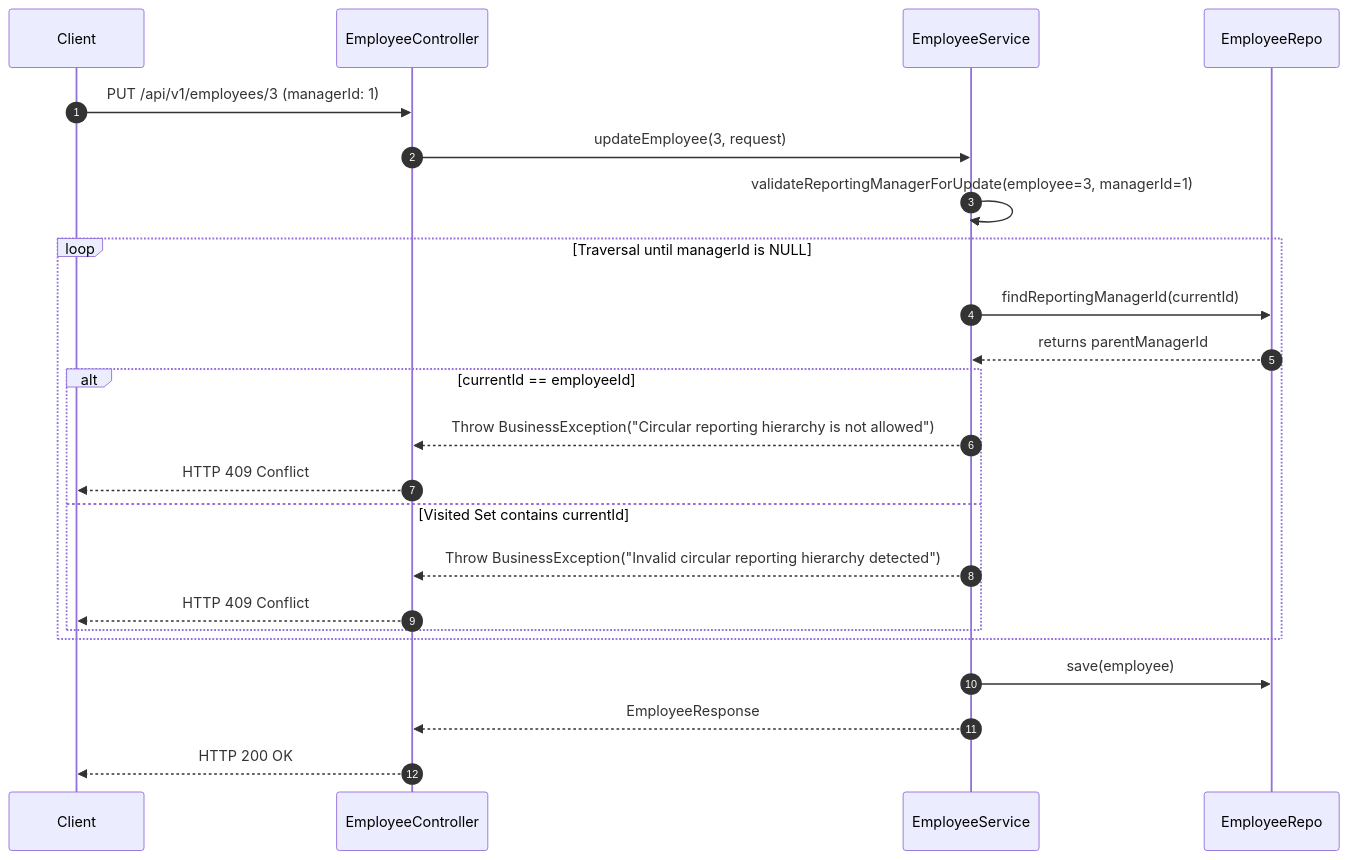
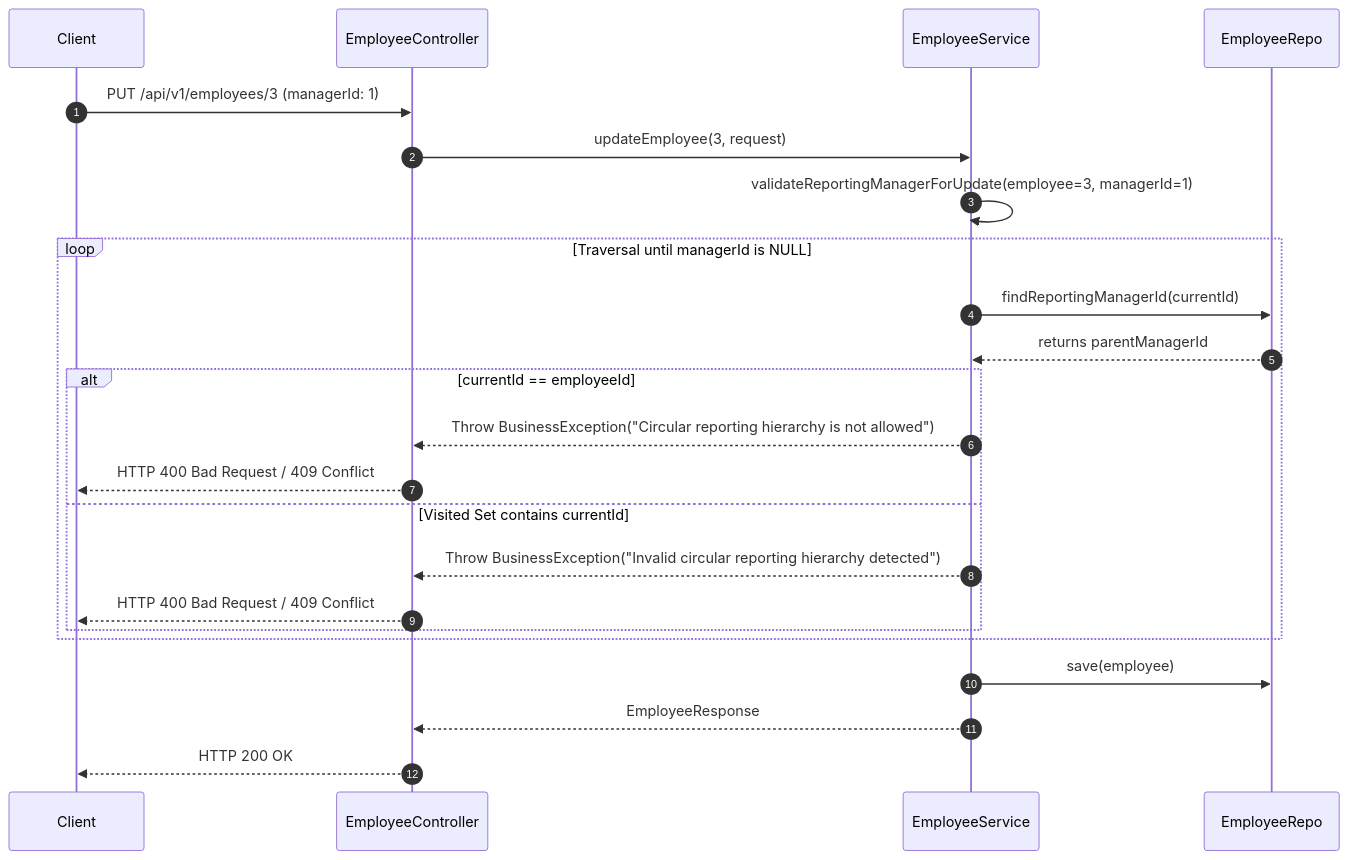
Before and after one commit to akhilraj-c/employee-management: the third of 3 diagrams in DESIGN.md, drawn with Mermaid. The commit also changed other lines of this file, not shown here.

Commit message:
docs(design): sync version field in ER diagram and update exception handling architecture matrix

````diff
--- a/DESIGN.md
+++ b/DESIGN.md
@@ -229,28 +233,28 @@
 ```mermaid
 sequenceDiagram
     autonumber
     participant Client
     participant EmployeeController
     participant EmployeeService
     participant EmployeeRepo
     
     Client->>EmployeeController: PUT /api/v1/employees/3 (managerId: 1)
     EmployeeController->>EmployeeService: updateEmployee(3, request)
     EmployeeService->>EmployeeService: validateReportingManagerForUpdate(employee=3, managerId=1)
     
     loop Traversal until managerId is NULL
         EmployeeService->>EmployeeRepo: findReportingManagerId(currentId)
         EmployeeRepo-->>EmployeeService: returns parentManagerId
         alt currentId == employeeId
             EmployeeService-->>EmployeeController: Throw BusinessException("Circular reporting hierarchy is not allowed")
-            EmployeeController-->>Client: HTTP 409 Conflict
+            EmployeeController-->>Client: HTTP 400 Bad Request / 409 Conflict
         else Visited Set contains currentId
             EmployeeService-->>EmployeeController: Throw BusinessException("Invalid circular reporting hierarchy detected")
-            EmployeeController-->>Client: HTTP 409 Conflict
+            EmployeeController-->>Client: HTTP 400 Bad Request / 409 Conflict
         end
     end
     
     EmployeeService->>EmployeeRepo: save(employee)
     EmployeeService-->>EmployeeController: EmployeeResponse
     EmployeeController-->>Client: HTTP 200 OK
 ```
````
